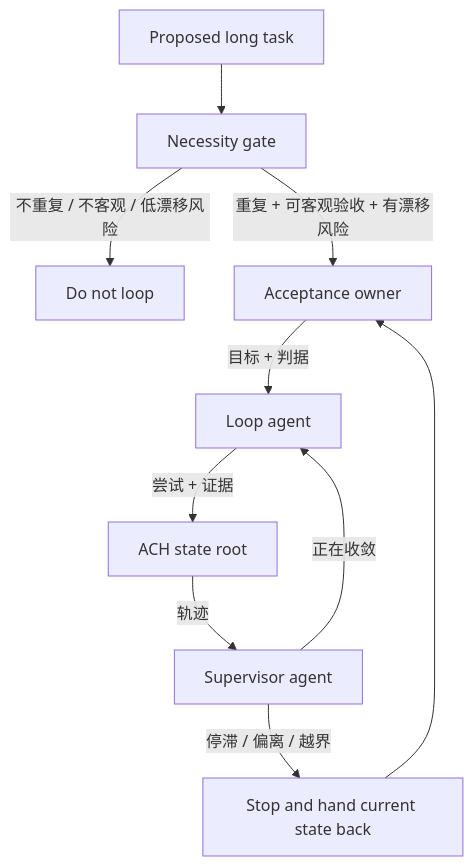
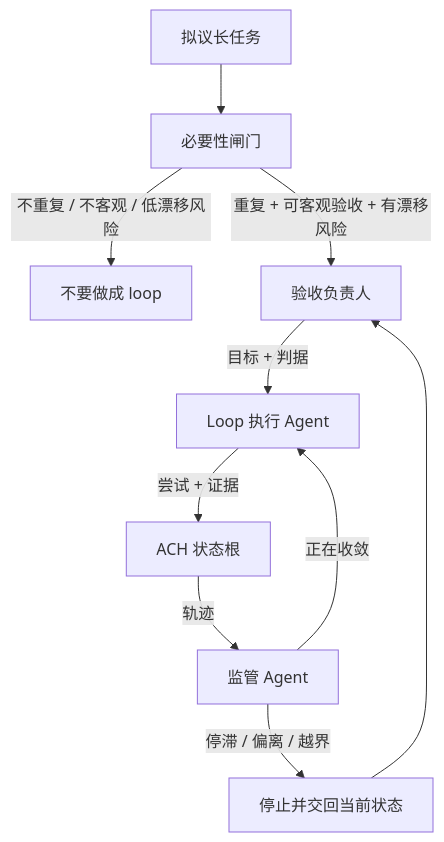
Before and after one commit to bagbag16/loop-builder: the diagram in README.zh.md, drawn with Mermaid.

Commit message:
Localize Chinese README flowchart labels

````diff
--- a/README.zh.md
+++ b/README.zh.md
@@ -16,12 +16,12 @@
 ```mermaid
 flowchart TD
-  T["Proposed long task"] --> G["Necessity gate"]
-  G -->|"不重复 / 不客观 / 低漂移风险"| N["Do not loop"]
-  G -->|"重复 + 可客观验收 + 有漂移风险"| A["Acceptance owner"]
-  A -->|"目标 + 判据"| L["Loop agent"]
-  L -->|"尝试 + 证据"| S["ACH state root"]
-  S -->|"轨迹"| R["Supervisor agent"]
+  T["拟议长任务"] --> G["必要性闸门"]
+  G -->|"不重复 / 不客观 / 低漂移风险"| N["不要做成 loop"]
+  G -->|"重复 + 可客观验收 + 有漂移风险"| A["验收负责人"]
+  A -->|"目标 + 判据"| L["Loop 执行 Agent"]
+  L -->|"尝试 + 证据"| S["ACH 状态根"]
+  S -->|"轨迹"| R["监管 Agent"]
   R -->|"正在收敛"| L
-  R -->|"停滞 / 偏离 / 越界"| H["Stop and hand current state back"]
+  R -->|"停滞 / 偏离 / 越界"| H["停止并交回当前状态"]
   H --> A
 ```
````
